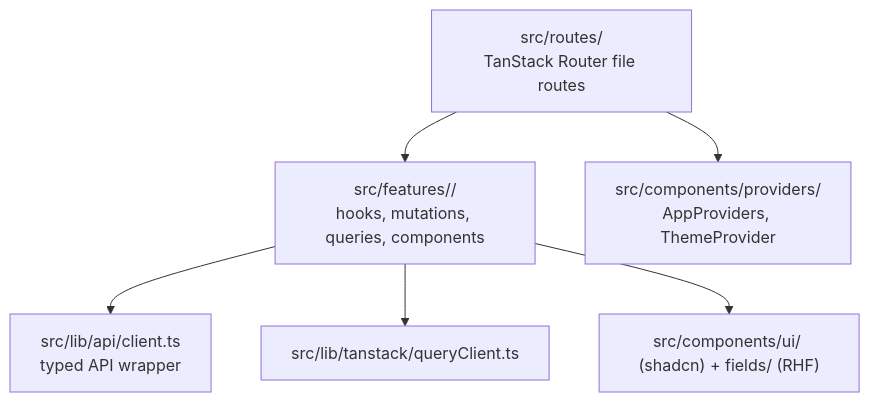
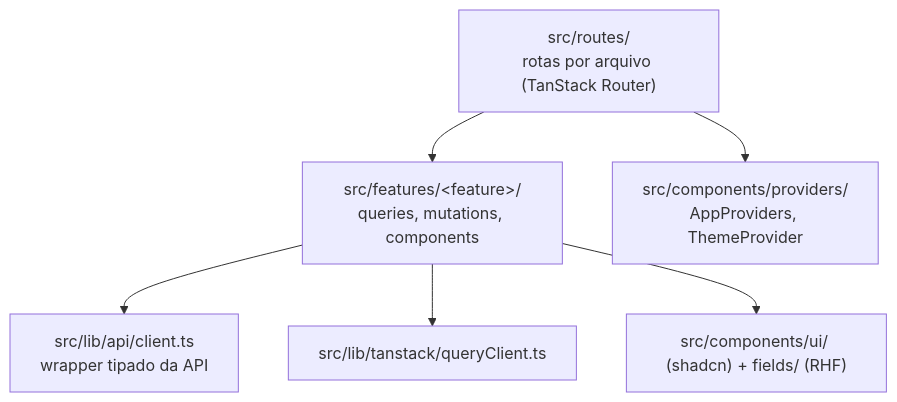
The diagram in apps/web/docs/frontend-vite.md (kauavitorrodrigues/mini-crm), drawn with Mermaid before and after one commit. The commit also changed other lines of this file and 13 other files, not shown here.

Commit message:
docs: translate architecture docs and rename markdown files to lowercase pt-br

````diff
--- a/apps/web/docs/frontend-vite.md
+++ b/apps/web/docs/frontend-vite.md
@@ -5,8 +5,8 @@
 ```mermaid
 graph TD
-    routes["src/routes/<br/>TanStack Router file routes"] --> features["src/features/<feature>/<br/>hooks, mutations, queries, components"]
-    features --> api["src/lib/api/client.ts<br/>typed API wrapper"]
+    routes["src/routes/<br/>rotas por arquivo (TanStack Router)"] --> features["src/features/&lt;feature&gt;/<br/>queries, mutations, components"]
+    features --> api["src/lib/api/client.ts<br/>wrapper tipado da API"]
     features --> tanstack["src/lib/tanstack/queryClient.ts"]
     routes --> providers["src/components/providers/<br/>AppProviders, ThemeProvider"]
     features --> ui["src/components/ui/ (shadcn) + fields/ (RHF)"]
 ```
````
